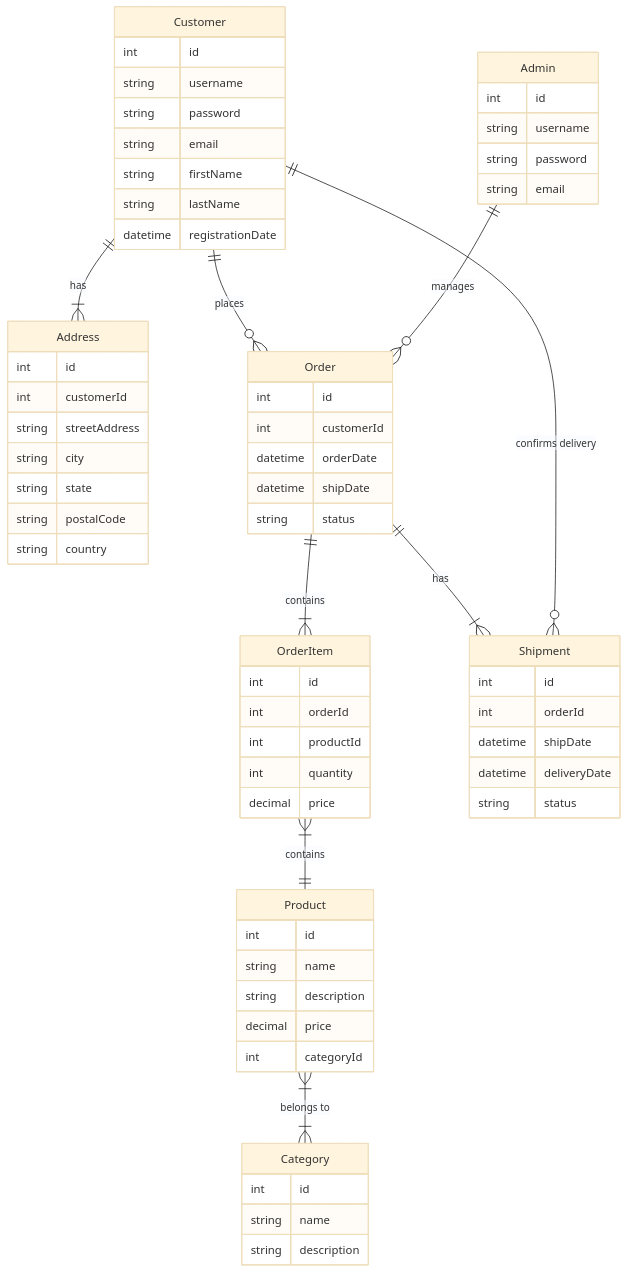
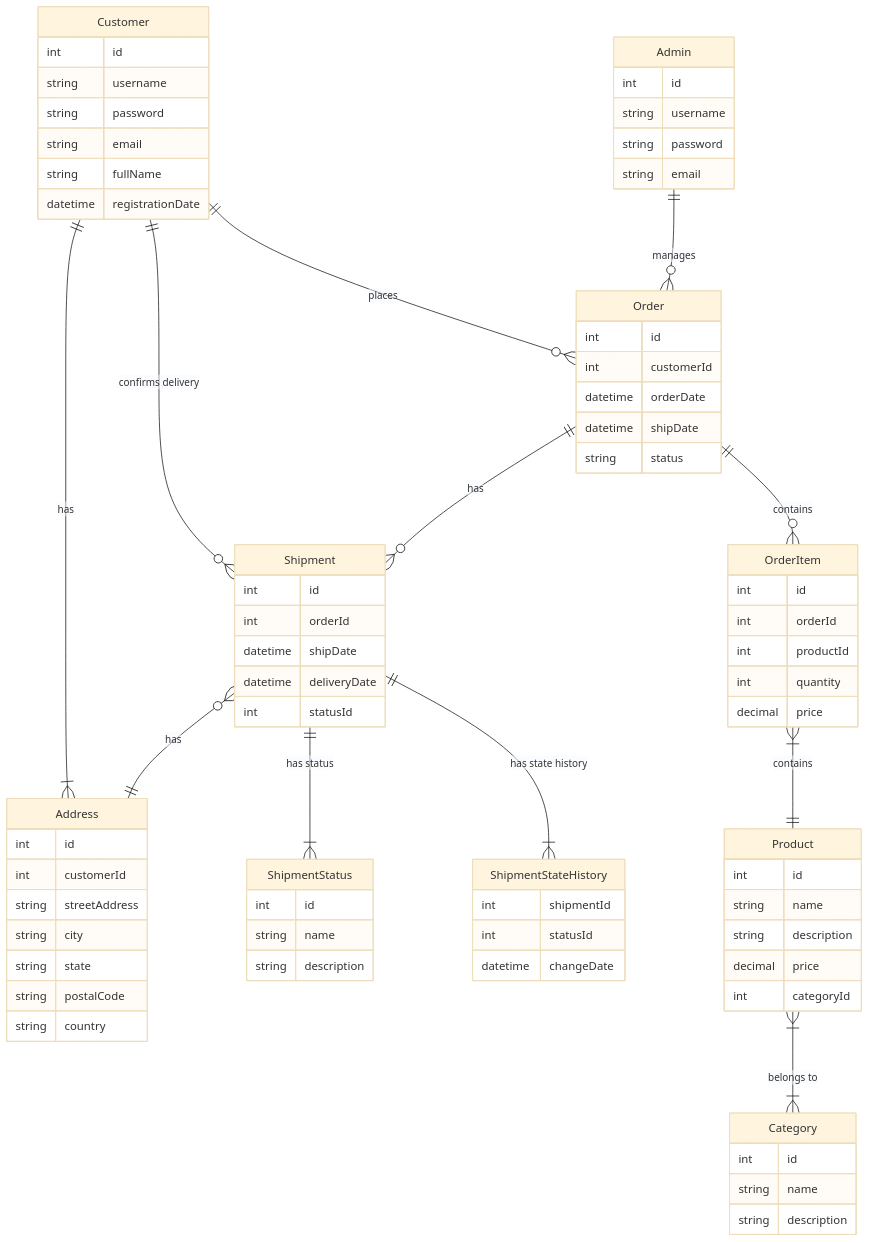
One commit to Muhammad-Saad-01/product-catalog changed the first of 2 diagrams in README.md. Above: the diagram before and after it, drawn with Mermaid (base theme). The commit also changed other lines of this file and 29 other files, not shown here.

````diff
--- a/README.md
+++ b/README.md
@@ -60,77 +66,94 @@
 ```mermaid
 erDiagram
-Customer ||--|{ Address : has
-    Customer ||--o{ Order : places
-    Order ||--|{ OrderItem : contains
-    OrderItem }|--|| Product : contains
-    Product }|--|{ Category : "belongs to"
-    Admin ||--o{ Order : manages
-    Order ||--|{ Shipment : has
-    Customer ||--o{ Shipment : "confirms delivery"
 
-    Customer {
-        int id
-        string username
-        string password
-        string email
-        string firstName
-        string lastName
-        datetime registrationDate
-    }
+   Customer ||--|{ Address : has
+   Customer ||--o{ Order : places
+   Customer ||--o{ Shipment : "confirms delivery"
+   Shipment }o--|| Address : "has"
+   Shipment ||--|{ ShipmentStatus : "has status"
+   Shipment ||--|{ ShipmentStateHistory : "has state history"
+   Order ||--o{ OrderItem : contains
+   Order ||--o{ Shipment : has
+   Product }|--|{ Category : "belongs to"
+   OrderItem }|--|| Product : contains
+   Admin ||--o{ Order : manages
 
-    Address {
-        int id
-        int customerId
-        string streetAddress
-        string city
-        string state
-        string postalCode
-        string country
-    }
 
-    Order {
-        int id
-        int customerId
-        datetime orderDate
-        datetime shipDate
-        string status
-    }
+   Customer {
+      int id
+      string username
+      string password
+      string email
+      string fullName
+      datetime registrationDate
+   }
 
-    OrderItem {
-        int id
-        int orderId
-        int productId
-        int quantity
-        decimal price
-    }
+   Address {
+      int id
+      int customerId
+      string streetAddress
+      string city
+      string state
+      string postalCode
+      string country
+   }
 
-    Product {
-        int id
-        string name
-        string description
-        decimal price
-        int categoryId
-    }
+   Order {
+      int id
+      int customerId
+      datetime orderDate
+      datetime shipDate
+      string status
+   }
 
-    Category {
-        int id
-        string name
-        string description
-    }
+   OrderItem {
+      int id
+      int orderId
+      int productId
+      int quantity
+      decimal price
+   }
 
-    Admin {
-        int id
-        string username
-        string password
-        string email
-    }
+   Product {
+      int id
+      string name
+      string description
+      decimal price
+      int categoryId
+   }
 
-    Shipment {
-        int id
-        int orderId
-        datetime shipDate
-        datetime deliveryDate
-        string status
-    }
+   Category {
+      int id
+      string name
+      string description
+   }
+
+   Admin {
+      int id
+      string username
+      string password
+      string email
+   }
+
+   Shipment {
+      int id
+      int orderId
+      datetime shipDate
+      datetime deliveryDate
+      int statusId
+   }
+
+   ShipmentStatus {
+      int id
+      string name
+      string description
+   }
+
+   ShipmentStateHistory {
+      int shipmentId
+      int statusId
+      datetime changeDate
+   }
+
 
 ```
````
